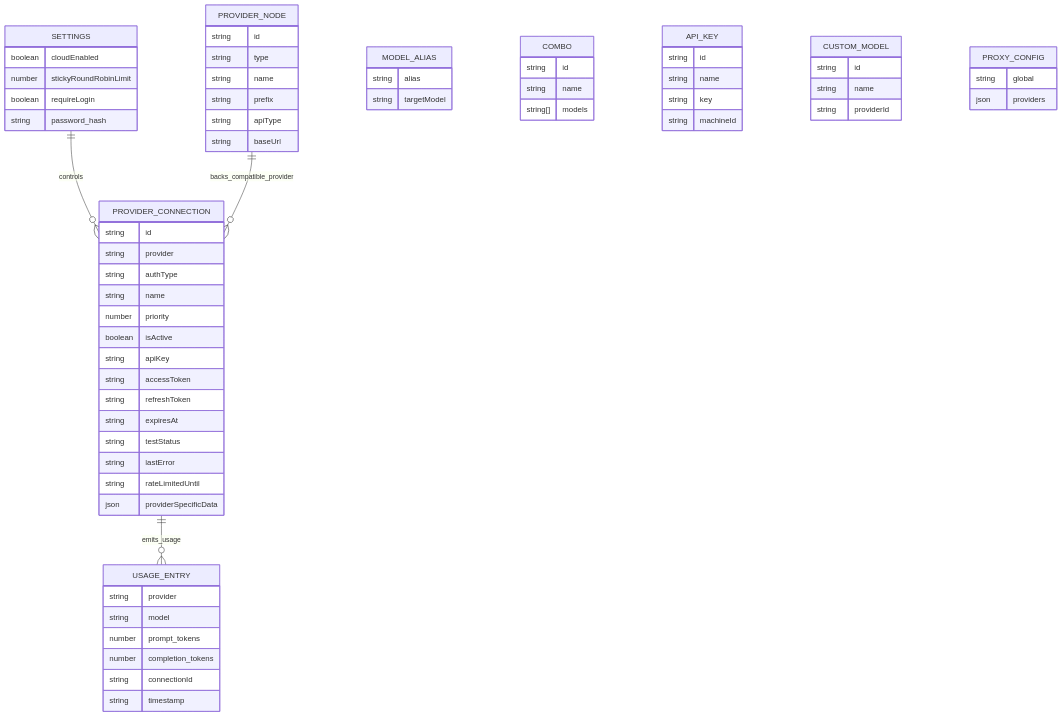
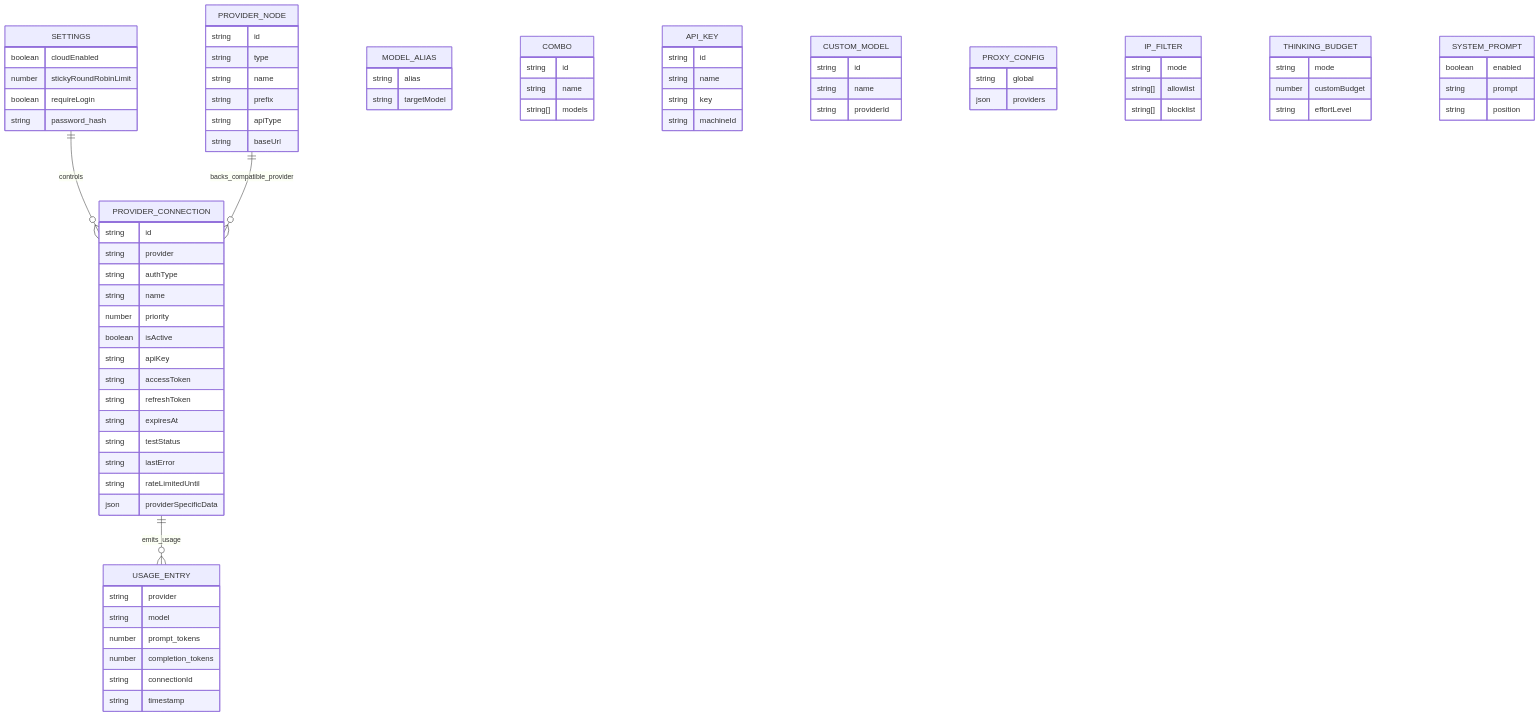
Before and after one commit to diegosouzapw/OmniRoute: the sixth of 7 diagrams in docs/ARCHITECTURE.md, drawn with Mermaid. The commit also changed other lines of this file and 49 other files, not shown here.

````diff
--- a/docs/ARCHITECTURE.md
+++ b/docs/ARCHITECTURE.md
@@ -399,4 +421,22 @@
       string global
       json providers
     }
+
+    IP_FILTER {
+      string mode
+      string[] allowlist
+      string[] blocklist
+    }
+
+    THINKING_BUDGET {
+      string mode
+      number customBudget
+      string effortLevel
+    }
+
+    SYSTEM_PROMPT {
+      boolean enabled
+      string prompt
+      string position
+    }
 ```
````
